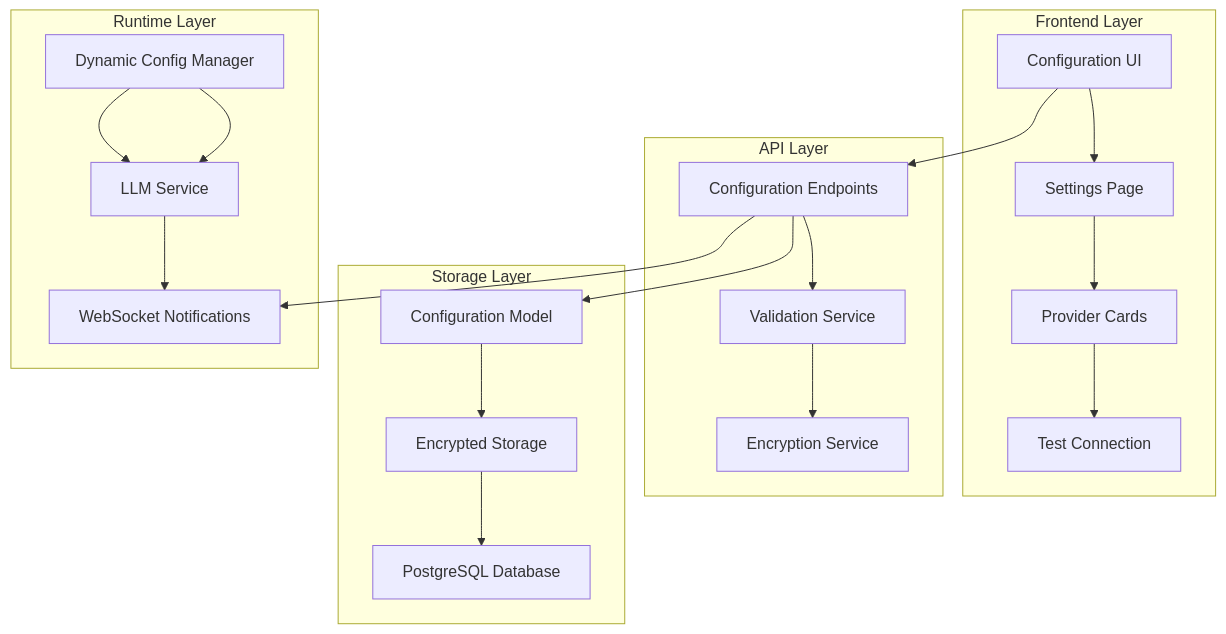
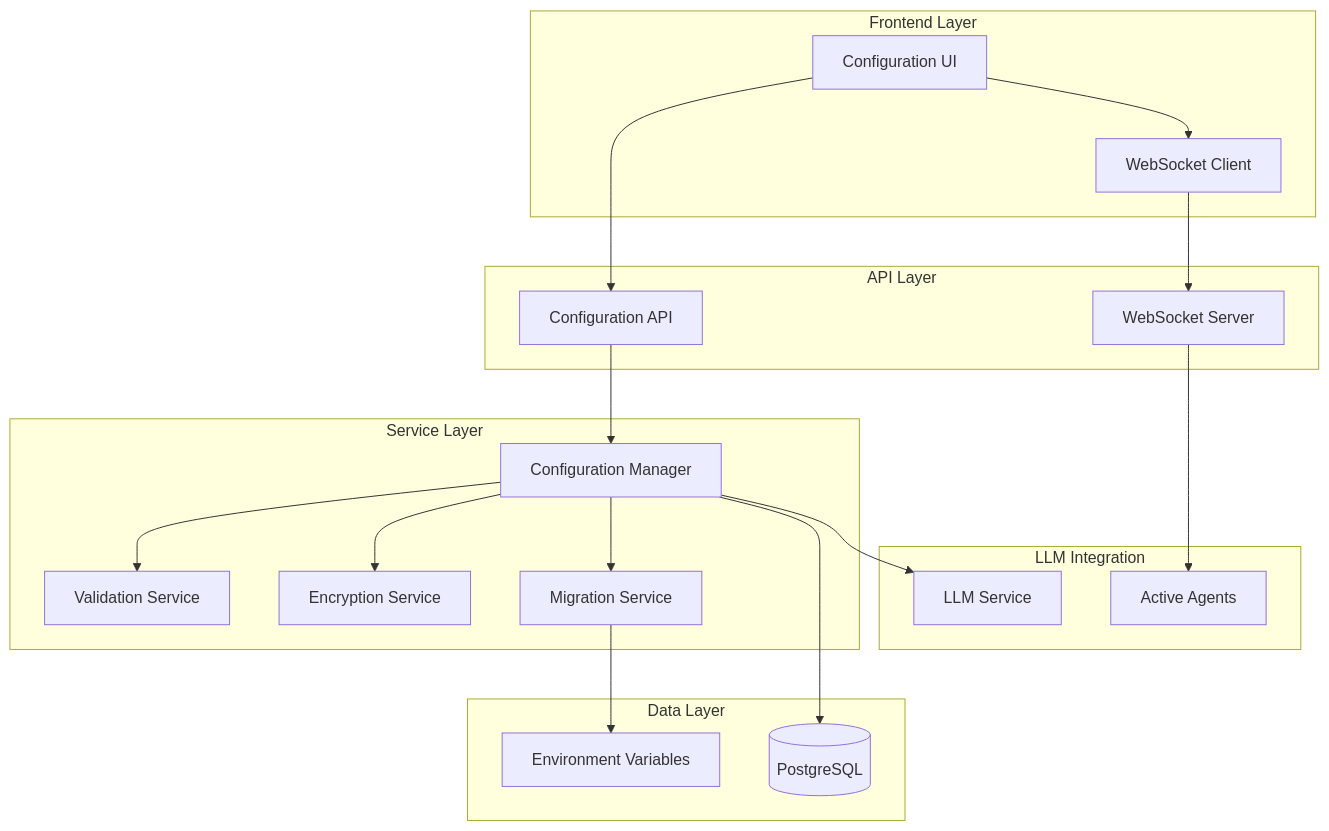
One commit to keethesh/Kodiak changed the diagram in .kiro/specs/frontend-api-key-management/design.md. Above: the diagram before and after it, drawn with Mermaid. The commit also changed other lines of this file and 23 other files, not shown here.

````diff
--- a/.kiro/specs/frontend-api-key-management/design.md
+++ b/.kiro/specs/frontend-api-key-management/design.md
@@ -11,28 +13,41 @@
 ```mermaid
 graph TB
     subgraph "Frontend Layer"
-        A[Configuration UI] --> B[Settings Page]
-        B --> C[Provider Cards]
-        C --> D[Test Connection]
+        UI[Configuration UI]
+        WS[WebSocket Client]
     end
     
     subgraph "API Layer"
-        E[Configuration Endpoints] --> F[Validation Service]
-        F --> G[Encryption Service]
+        REST[Configuration API]
+        WSS[WebSocket Server]
     end
     
-    subgraph "Storage Layer"
-        H[Configuration Model] --> I[Encrypted Storage]
-        I --> J[PostgreSQL Database]
+    subgraph "Service Layer"
+        CM[Configuration Manager]
+        VS[Validation Service]
+        ES[Encryption Service]
+        MS[Migration Service]
     end
     
-    subgraph "Runtime Layer"
-        K[Dynamic Config Manager] --> L[LLM Service]
-        L --> M[WebSocket Notifications]
+    subgraph "Data Layer"
+        DB[(PostgreSQL)]
+        ENV[Environment Variables]
     end
     
-    A --> E
-    E --> H
-    K --> L
-    E --> M
+    subgraph "LLM Integration"
+        LS[LLM Service]
+        AGENTS[Active Agents]
+    end
+    
+    UI --> REST
+    UI --> WS
+    WS --> WSS
+    REST --> CM
+    CM --> VS
+    CM --> ES
+    CM --> MS
+    CM --> DB
+    MS --> ENV
+    CM --> LS
+    WSS --> AGENTS
 ```
````
